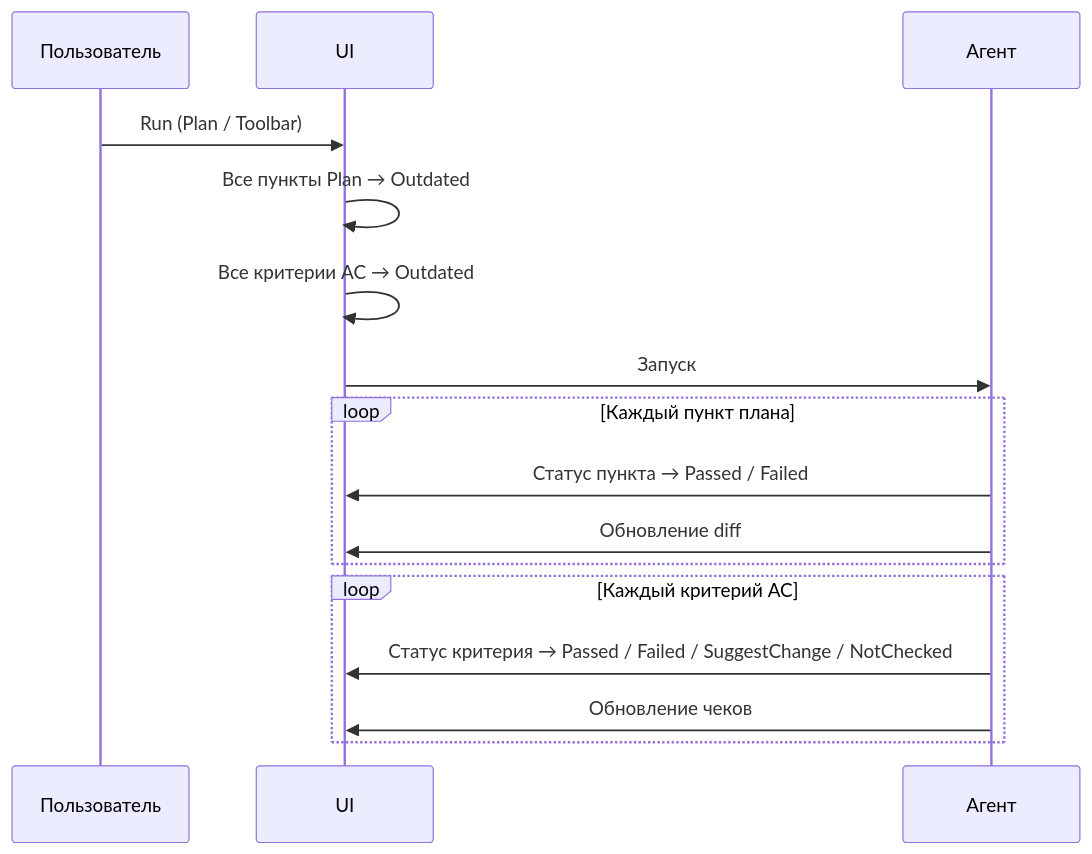
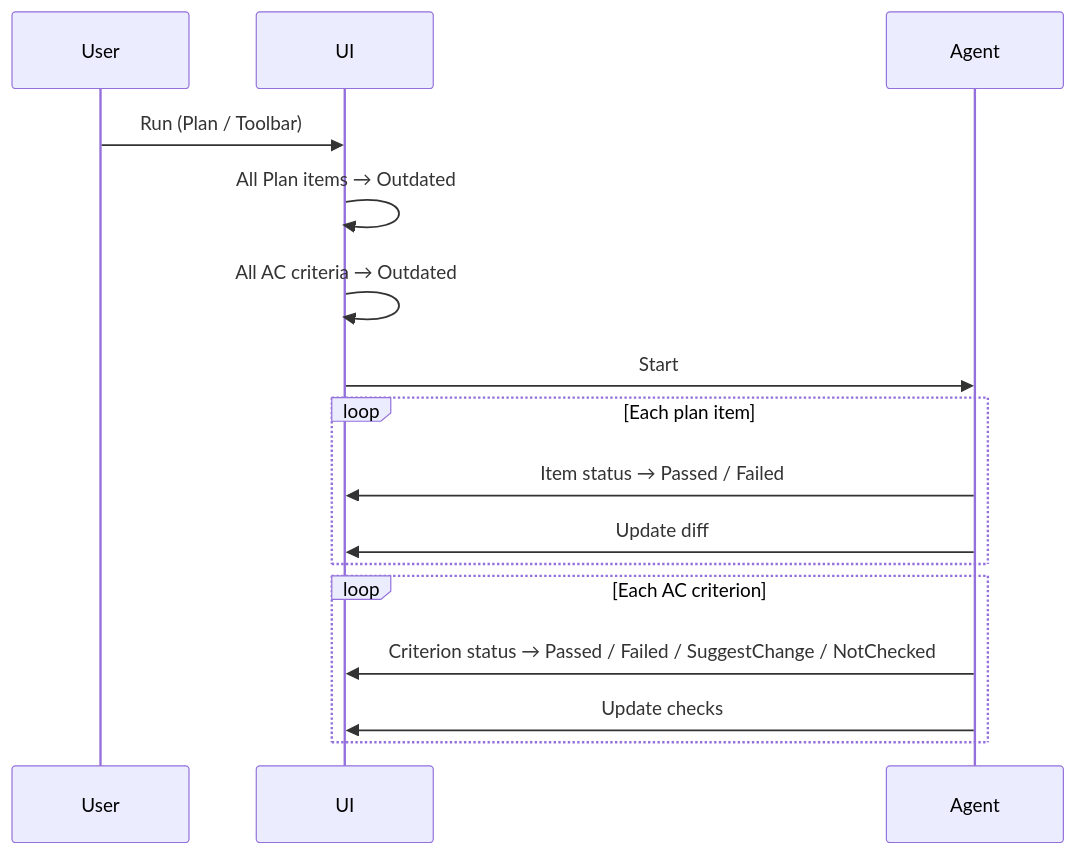
One commit to NiplusM/SDD changed the fourth of 6 diagrams in spec-flow.md. Above: the diagram before and after it, drawn with Mermaid. The commit also changed other lines of this file, not shown here.

First line of the commit message:
spec-flow: rewrite state names, transitions, and content in English

````diff
--- a/spec-flow.md
+++ b/spec-flow.md
@@ -238,21 +202,21 @@
 ```mermaid
 sequenceDiagram
-    participant U as Пользователь
+    participant U as User
     participant UI as UI
-    participant A as Агент
+    participant A as Agent
 
     U->>UI: Run (Plan / Toolbar)
-    UI->>UI: Все пункты Plan → Outdated
-    UI->>UI: Все критерии AC → Outdated
-    UI->>A: Запуск
+    UI->>UI: All Plan items → Outdated
+    UI->>UI: All AC criteria → Outdated
+    UI->>A: Start
 
-    loop Каждый пункт плана
-        A->>UI: Статус пункта → Passed / Failed
-        A->>UI: Обновление diff
+    loop Each plan item
+        A->>UI: Item status → Passed / Failed
+        A->>UI: Update diff
     end
 
-    loop Каждый критерий AC
-        A->>UI: Статус критерия → Passed / Failed / SuggestChange / NotChecked
-        A->>UI: Обновление чеков
+    loop Each AC criterion
+        A->>UI: Criterion status → Passed / Failed / SuggestChange / NotChecked
+        A->>UI: Update checks
     end
 ```
````
